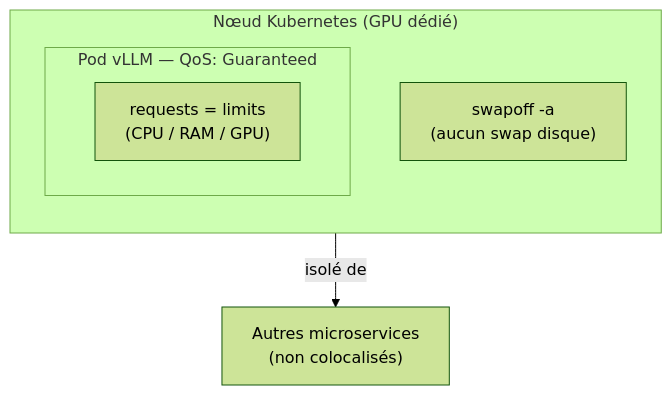
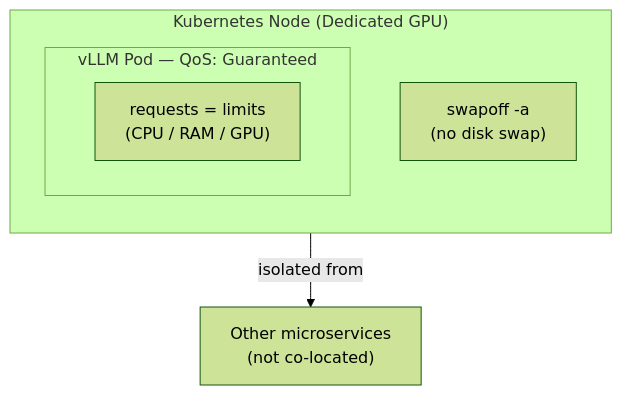
Before and after one commit to ADORSYS-GIS/Custom-Ai-Ops: the sixth of 9 diagrams in docs/explain/kv-cache.md, drawn with Mermaid (forest theme). The commit also changed other lines of this file and 22 other files, not shown here.

````diff
--- a/docs/explain/kv-cache.md
+++ b/docs/explain/kv-cache.md
@@ -222,11 +222,11 @@
 ```mermaid
 flowchart TB
-    subgraph Node["Nœud Kubernetes (GPU dédié)"]
+    subgraph Node["Kubernetes Node (Dedicated GPU)"]
         direction TB
-        subgraph Pod["Pod vLLM — QoS: Guaranteed"]
+        subgraph Pod["vLLM Pod — QoS: Guaranteed"]
             REQ["requests = limits\n(CPU / RAM / GPU)"]
         end
-        SWAPOFF["swapoff -a\n(aucun swap disque)"]
+        SWAPOFF["swapoff -a\n(no disk swap)"]
     end
-    Pod -->|isolé de| OTHER["Autres microservices\n(non colocalisés)"]
+    Pod -->|isolated from| OTHER["Other microservices\n(not co-located)"]
 ```
````
